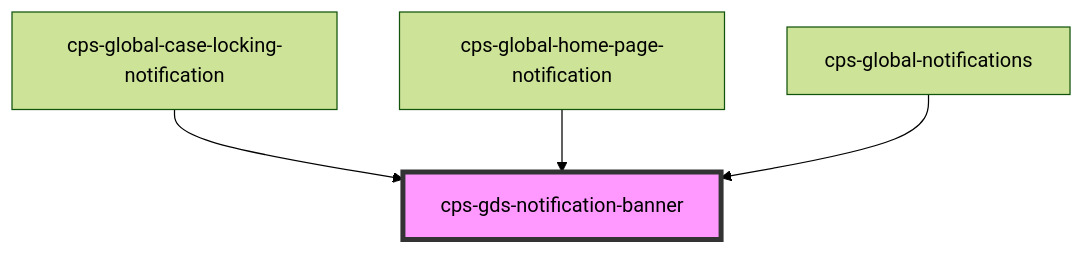
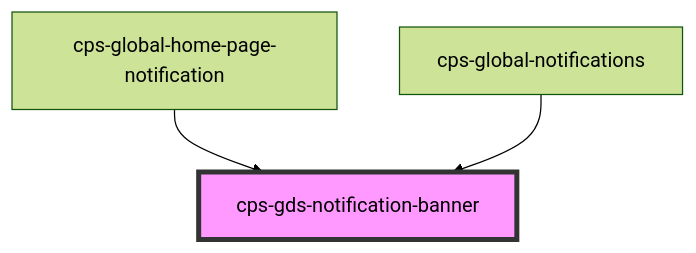
The diagram in packages/cps-global-components/src/components/cps-gds-notification-banner/readme.md (CPS-Innovation/global-components), drawn with Mermaid (forest theme) before and after one commit. The commit also changed other lines of this file and 19 other files, not shown here.

````diff
--- a/packages/cps-global-components/src/components/cps-gds-notification-banner/readme.md
+++ b/packages/cps-global-components/src/components/cps-gds-notification-banner/readme.md
@@ -39,7 +45,6 @@
 ```mermaid
 graph TD;
-  cps-global-case-locking-notification --> cps-gds-notification-banner
   cps-global-home-page-notification --> cps-gds-notification-banner
   cps-global-notifications --> cps-gds-notification-banner
   style cps-gds-notification-banner fill:#f9f,stroke:#333,stroke-width:4px
 ```
````
